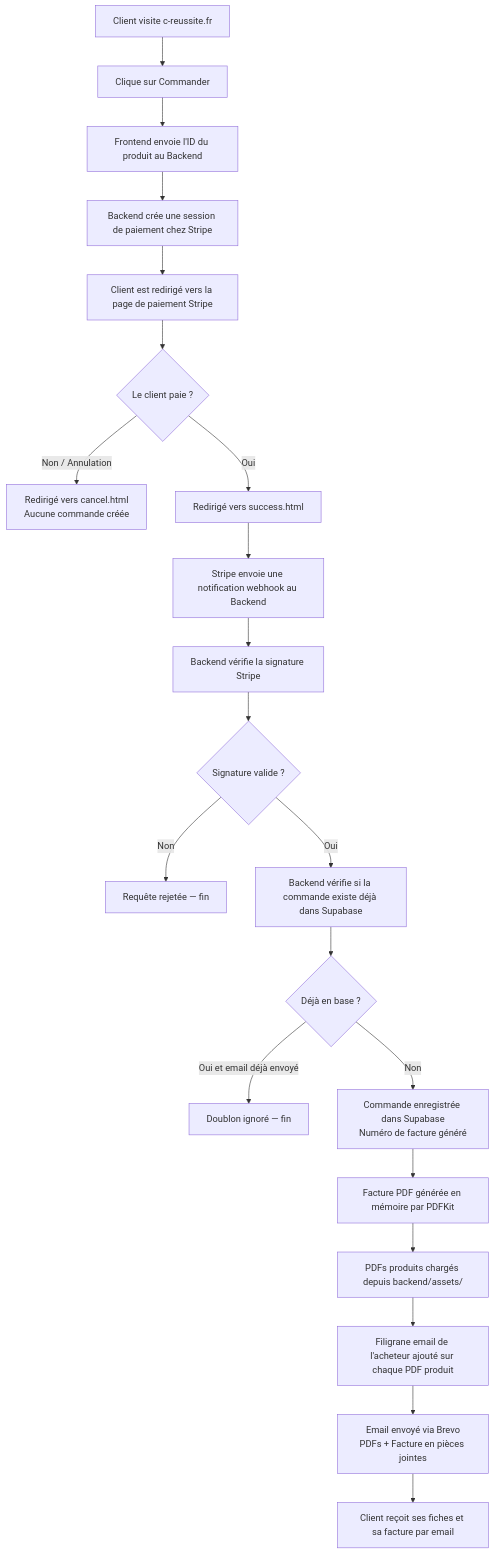
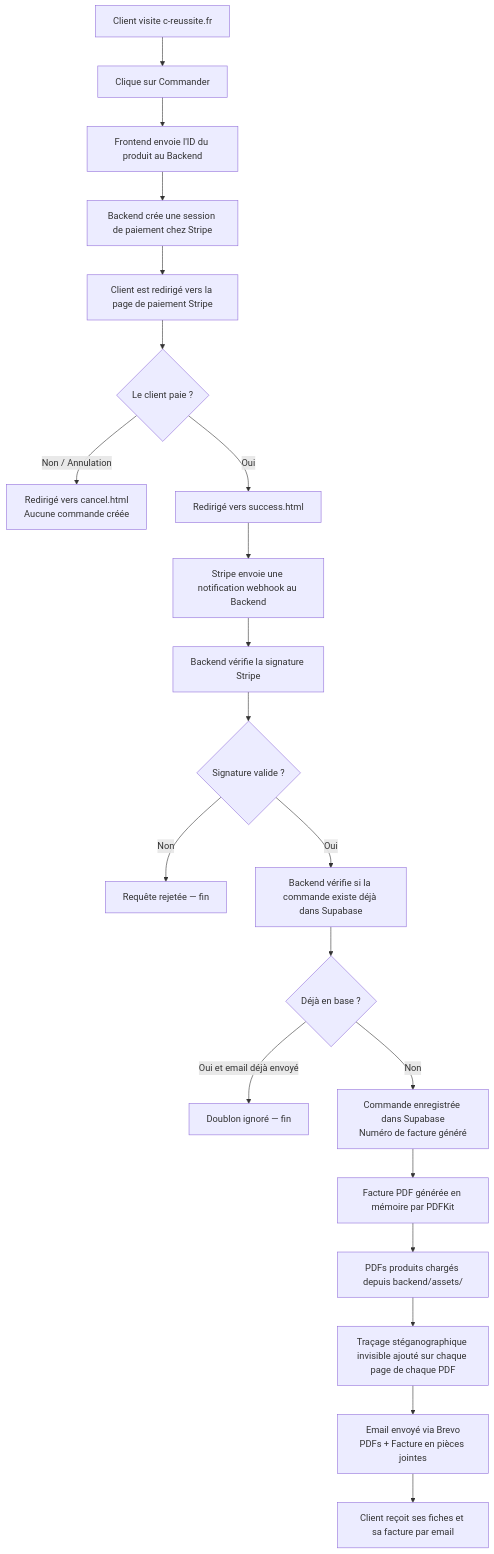
One commit to CReussite/website changed the diagram in LISEZ-MOI.md. Above: the diagram before and after it, drawn with Mermaid. The commit also changed other lines of this file and 1 other file, not shown here.

First line of the commit message:
fix: remove name from client email, update docs with stego explanation

````diff
--- a/LISEZ-MOI.md
+++ b/LISEZ-MOI.md
@@ -396,23 +406,23 @@
 ```mermaid
 flowchart TD
     A[Client visite c-reussite.fr] --> B[Clique sur Commander]
     B --> C[Frontend envoie l'ID du produit au Backend]
     C --> D[Backend crée une session de paiement chez Stripe]
     D --> E[Client est redirigé vers la page de paiement Stripe]
     E --> F{Le client paie ?}
     F -- Non / Annulation --> G[Redirigé vers cancel.html\nAucune commande créée]
     F -- Oui --> H[Redirigé vers success.html]
     H --> I[Stripe envoie une notification webhook au Backend]
     I --> J[Backend vérifie la signature Stripe]
     J --> K{Signature valide ?}
     K -- Non --> L[Requête rejetée — fin]
     K -- Oui --> M[Backend vérifie si la commande existe déjà dans Supabase]
     M --> N{Déjà en base ?}
     N -- Oui et email déjà envoyé --> O[Doublon ignoré — fin]
     N -- Non --> P[Commande enregistrée dans Supabase\nNuméro de facture généré]
     P --> Q[Facture PDF générée en mémoire par PDFKit]
     Q --> R[PDFs produits chargés depuis backend/assets/]
-    R --> S[Filigrane email de l'acheteur ajouté sur chaque PDF produit]
+    R --> S[Traçage stéganographique invisible ajouté sur chaque page de chaque PDF]
     S --> T[Email envoyé via Brevo\nPDFs + Facture en pièces jointes]
     T --> U[Client reçoit ses fiches et sa facture par email]
 ```
````
